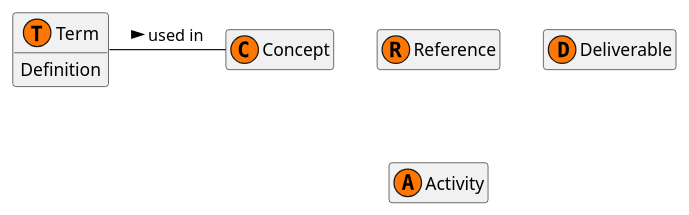
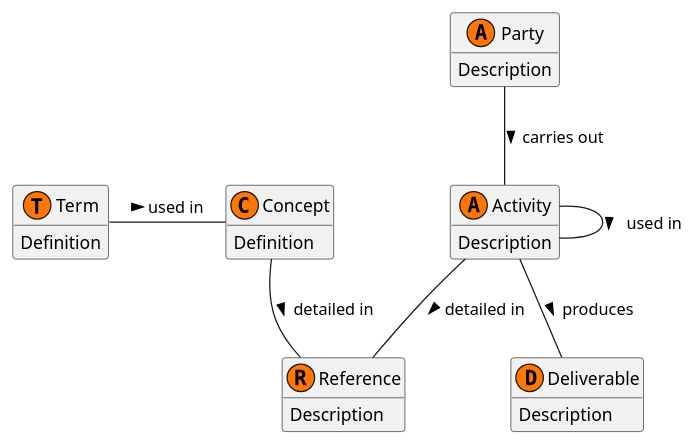
One commit to johnwelford/standardsModel changed the diagram in metamodel.puml. Above: the diagram before and after it, drawn with PlantUML.

```diff
--- a/metamodel.puml
+++ b/metamodel.puml
@@ -1,29 +1,37 @@
 @startuml
-!pragma revision 89 ' force update of cached image?
 'title Standard modelling metamodel
 'scale 1000 width
 'skinparam packageStyle frame
 'skinparam linetype polyline
 'top to bottom direction
 hide empty members
 'hide circle
 'hide stereotype 
 
 class term as "Term" << (T,#FF7700) >> {
 {field} Definition
 }
 class concept as "Concept"<< (C,#FF7700) >> {
-{field} 
+{field} Definition
 }
 class reference as "Reference" << (R,#FF7700) >> {
-{field} 
+{field} Description
 }
 class deliverable as "Deliverable" << (D,#FF7700) >> {
-{field} 
+{field} Description
 }
 class activity as "Activity" << (A,#FF7700) >> {
-{field} 
+{field} Description
+}
+class party as "Party" << (A,#FF7700) >> {
+{field} Description
 }
 
 term - concept : used in >
+activity -- activity : used in >
+
+activity -- deliverable: produces >
+party -- activity: carries out >
+activity -- reference: detailed in >
+concept -- reference: detailed in >
 @enduml
```
